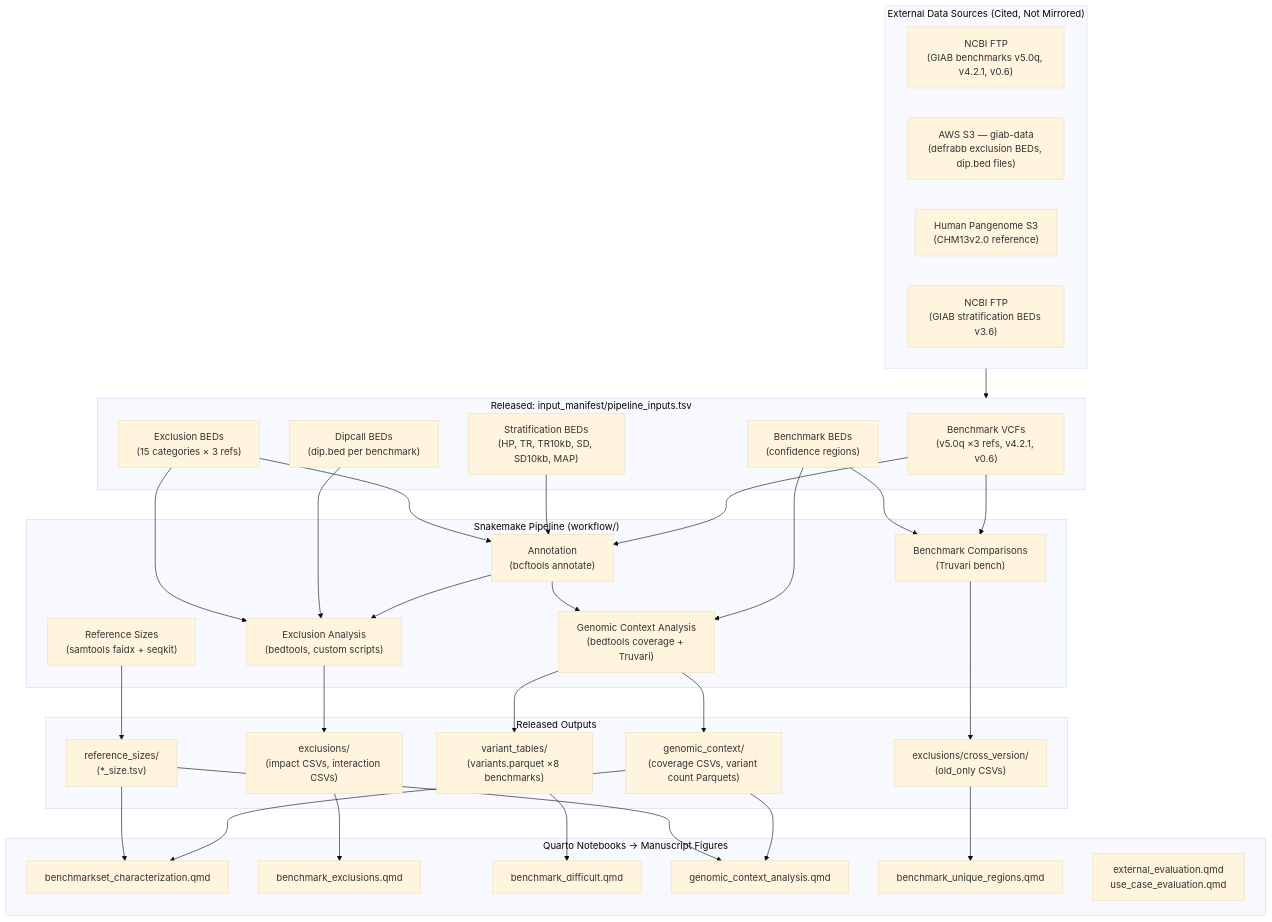
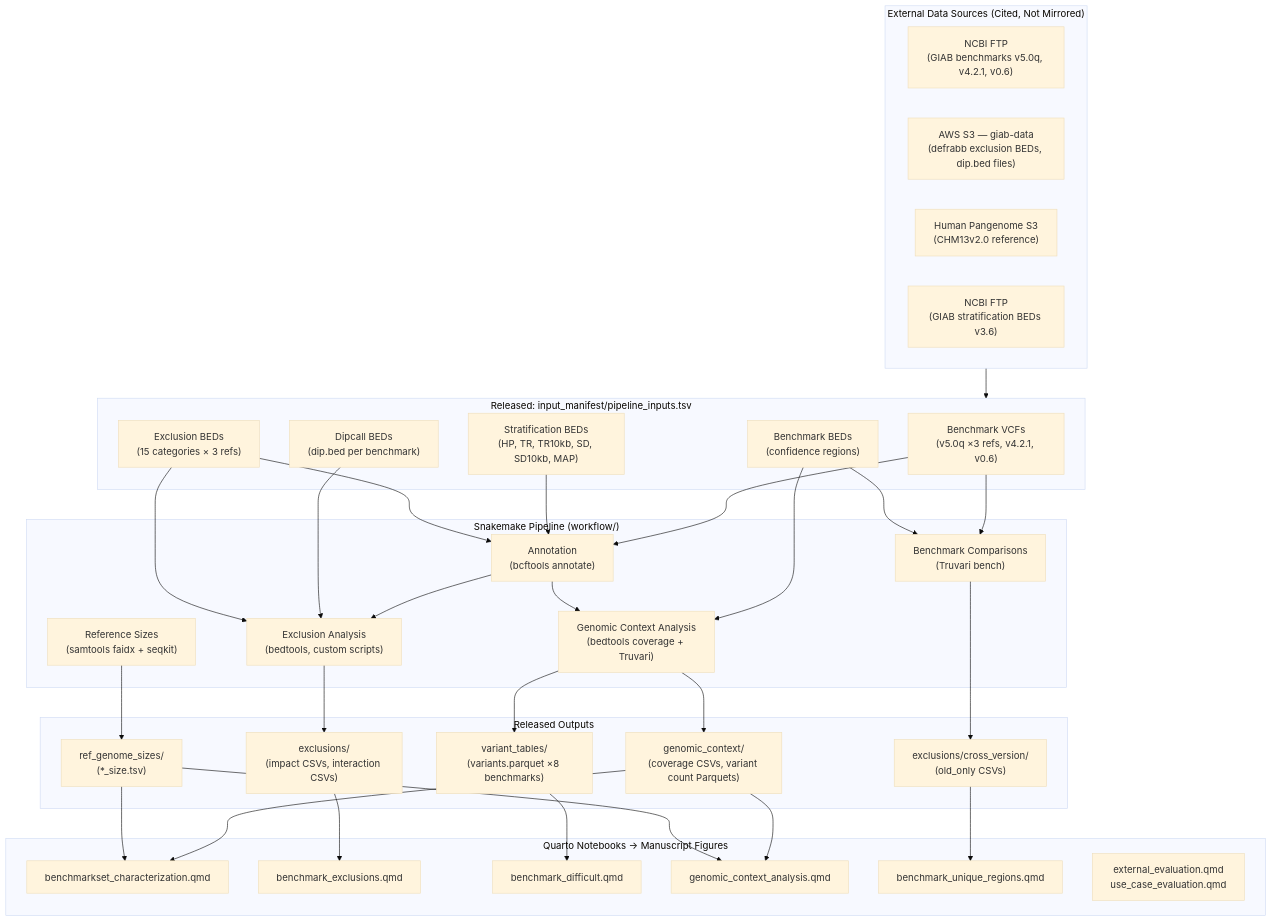
The first of 3 diagrams in docs/dataset-release-plan.md (nate-d-olson/q100-variant-benchmark-paper), drawn with Mermaid (base theme) before and after one commit. The commit also changed other lines of this file and 2 other files, not shown here.

````diff
--- a/docs/dataset-release-plan.md
+++ b/docs/dataset-release-plan.md
@@ -180,69 +213,69 @@
 ```mermaid
 flowchart TD
     subgraph External["External Data Sources (Cited, Not Mirrored)"]
         NCBI["NCBI FTP\n(GIAB benchmarks v5.0q, v4.2.1, v0.6)"]
         GIABS3["AWS S3 — giab-data\n(defrabb exclusion BEDs, dip.bed files)"]
         HPRC["Human Pangenome S3\n(CHM13v2.0 reference)"]
         GIABSTRAT["NCBI FTP\n(GIAB stratification BEDs v3.6)"]
     end
 
     subgraph Inputs["Released: input_manifest/pipeline_inputs.tsv"]
         VCF["Benchmark VCFs\n(v5.0q ×3 refs, v4.2.1, v0.6)"]
         BED["Benchmark BEDs\n(confidence regions)"]
         DIP["Dipcall BEDs\n(dip.bed per benchmark)"]
         EXCL["Exclusion BEDs\n(15 categories × 3 refs)"]
         STRAT["Stratification BEDs\n(HP, TR, TR10kb, SD, SD10kb, MAP)"]
     end
 
     External --> Inputs
 
     subgraph Pipeline["Snakemake Pipeline (workflow/)"]
         ANN["Annotation\n(bcftools annotate)"]
         GCA["Genomic Context Analysis\n(bedtools coverage + Truvari)"]
         EXCLA["Exclusion Analysis\n(bedtools, custom scripts)"]
         COMP["Benchmark Comparisons\n(Truvari bench)"]
         REFSIZE["Reference Sizes\n(samtools faidx + seqkit)"]
     end
 
     VCF --> ANN
     STRAT --> ANN
     EXCL --> ANN
     BED --> GCA
     ANN --> GCA
     ANN --> EXCLA
     DIP --> EXCLA
     EXCL --> EXCLA
     VCF --> COMP
     BED --> COMP
 
     subgraph Released["Released Outputs"]
         GCO["genomic_context/\n(coverage CSVs, variant count Parquets)"]
         EXCLO["exclusions/\n(impact CSVs, interaction CSVs)"]
         CROSSV["exclusions/cross_version/\n(old_only CSVs)"]
         VART["variant_tables/\n(variants.parquet ×8 benchmarks)"]
-        REFSZ["reference_sizes/\n(*_size.tsv)"]
+        REFSZ["ref_genome_sizes/\n(*_size.tsv)"]
     end
 
     GCA --> GCO
     GCA --> VART
     EXCLA --> EXCLO
     COMP --> CROSSV
     REFSIZE --> REFSZ
 
     subgraph Notebooks["Quarto Notebooks → Manuscript Figures"]
         NB1["benchmarkset_characterization.qmd"]
         NB2["benchmark_exclusions.qmd"]
         NB3["benchmark_difficult.qmd"]
         NB4["genomic_context_analysis.qmd"]
         NB5["benchmark_unique_regions.qmd"]
         NB6["external_evaluation.qmd\nuse_case_evaluation.qmd"]
     end
 
     GCO --> NB1
     GCO --> NB4
     EXCLO --> NB2
     CROSSV --> NB5
     VART --> NB3
     REFSZ --> NB1
     REFSZ --> NB4
 ```
````
